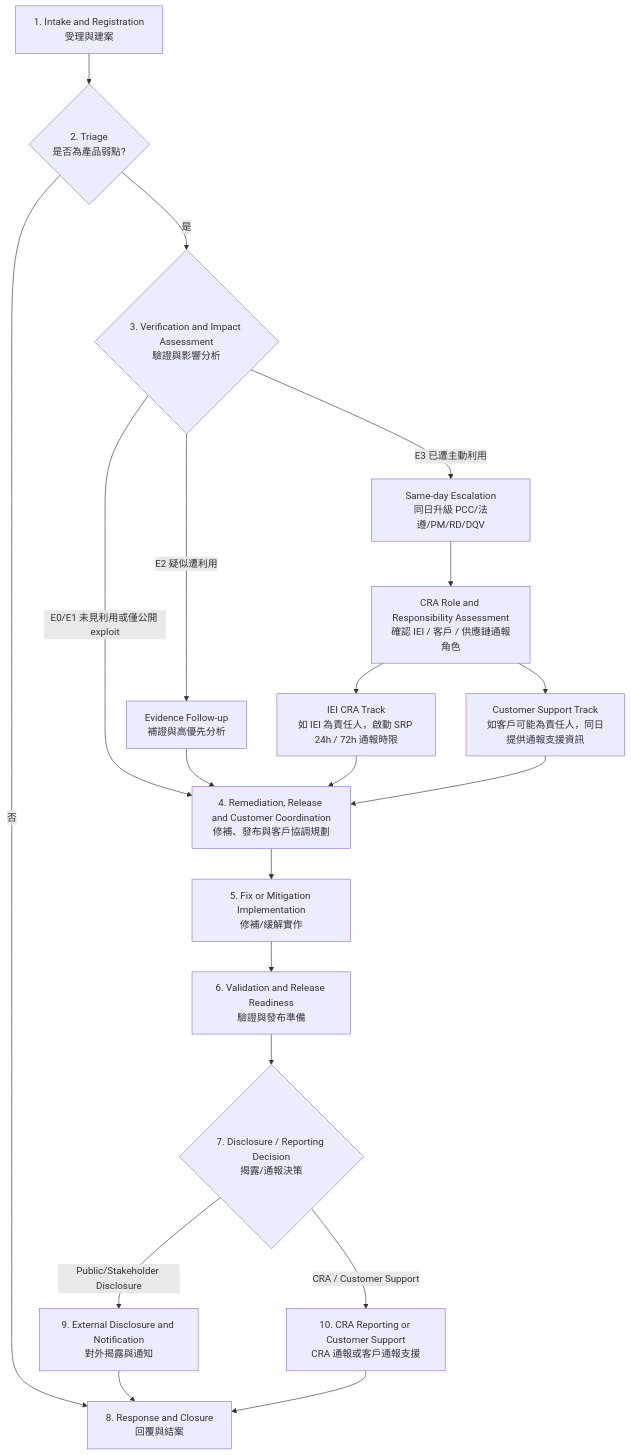
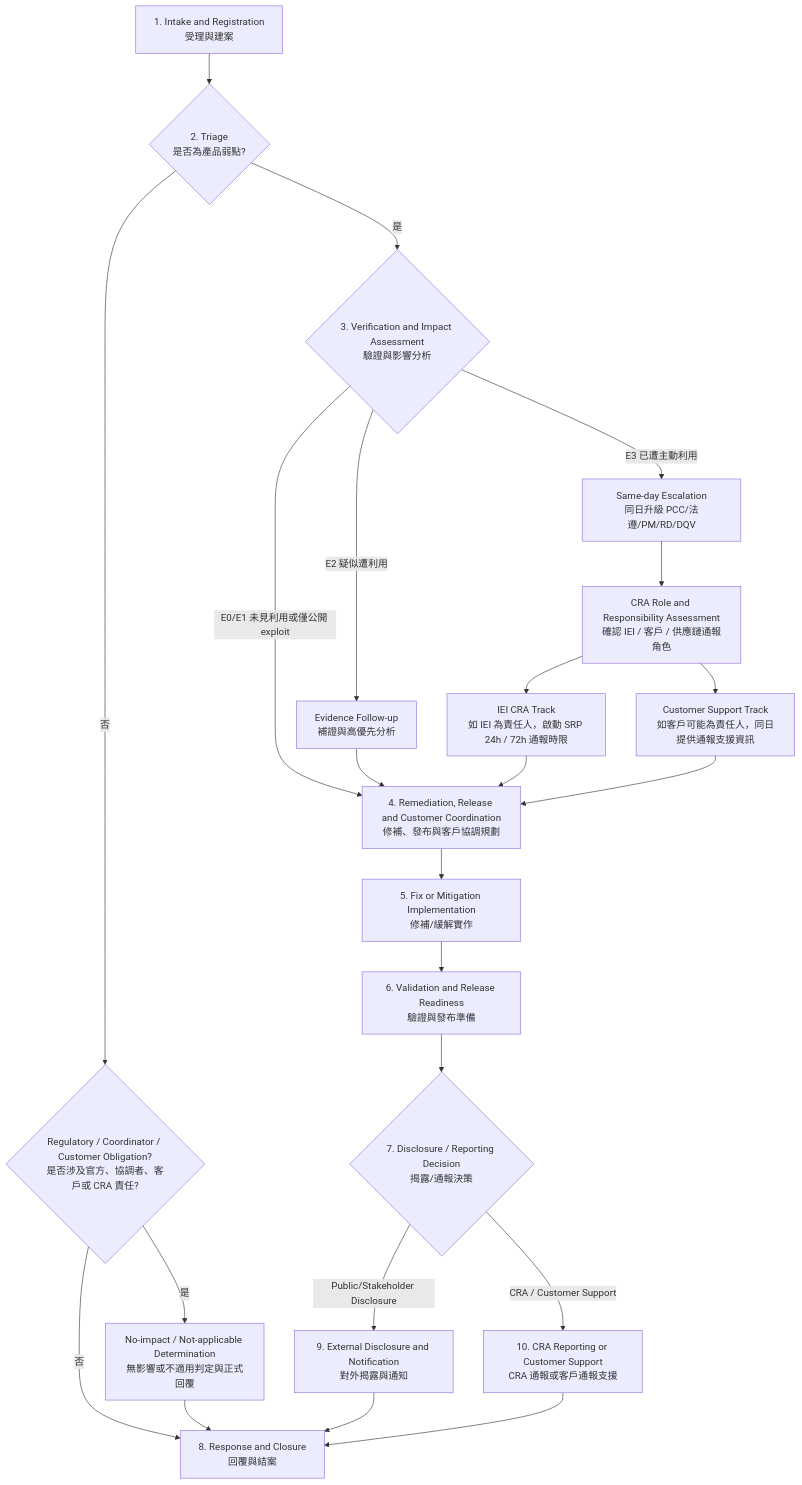
One commit to stanleyshuang/corepoint changed the diagram in doc/L2-01_vulnerability-handling-and-disclosure-process.md. Above: the diagram before and after it, drawn with Mermaid. The commit also changed other lines of this file and 1 other file, not shown here.

Commit message:
v0.41 invalid SRP flow

````diff
--- a/doc/L2-01_vulnerability-handling-and-disclosure-process.md
+++ b/doc/L2-01_vulnerability-handling-and-disclosure-process.md
@@ -122,22 +122,25 @@
 ```mermaid
 flowchart TD
     A[1. Intake and Registration<br/>受理與建案] --> B{2. Triage<br/>是否為產品弱點?}
-    B -- 否 --> H[8. Response and Closure<br/>回覆與結案]
+    B -- 否 --> N{Regulatory / Coordinator / Customer Obligation?<br/>是否涉及官方、協調者、客戶或 CRA 責任?}
+    N -- 否 --> H[8. Response and Closure<br/>回覆與結案]
+    N -- 是 --> Q[No-impact / Not-applicable Determination<br/>無影響或不適用判定與正式回覆]
+    Q --> H
     B -- 是 --> X{3. Verification and Impact Assessment<br/>驗證與影響分析}
     X -- E3 已遭主動利用 --> Y[Same-day Escalation<br/>同日升級 PCC/法遵/PM/RD/DQV]
     X -- E2 疑似遭利用 --> W[Evidence Follow-up<br/>補證與高優先分析]
     X -- E0/E1 未見利用或僅公開 exploit --> D[4. Remediation, Release and Customer Coordination<br/>修補、發布與客戶協調規劃]
     W --> D
     Y --> R[CRA Role and Responsibility Assessment<br/>確認 IEI / 客戶 / 供應鏈通報角色]
     R --> Z1[IEI CRA Track<br/>如 IEI 為責任人，啟動 SRP 24h / 72h 通報時限]
     R --> Z2[Customer Support Track<br/>如客戶可能為責任人，同日提供通報支援資訊]
     Z1 --> D
     Z2 --> D
     D --> E[5. Fix or Mitigation Implementation<br/>修補/緩解實作]
     E --> F[6. Validation and Release Readiness<br/>驗證與發布準備]
     F --> G{7. Disclosure / Reporting Decision<br/>揭露/通報決策}
     G -->|Public/Stakeholder Disclosure| I[9. External Disclosure and Notification<br/>對外揭露與通知]
     G -->|CRA / Customer Support| J[10. CRA Reporting or Customer Support<br/>CRA 通報或客戶通報支援]
     I --> H
     J --> H
 ```
````
